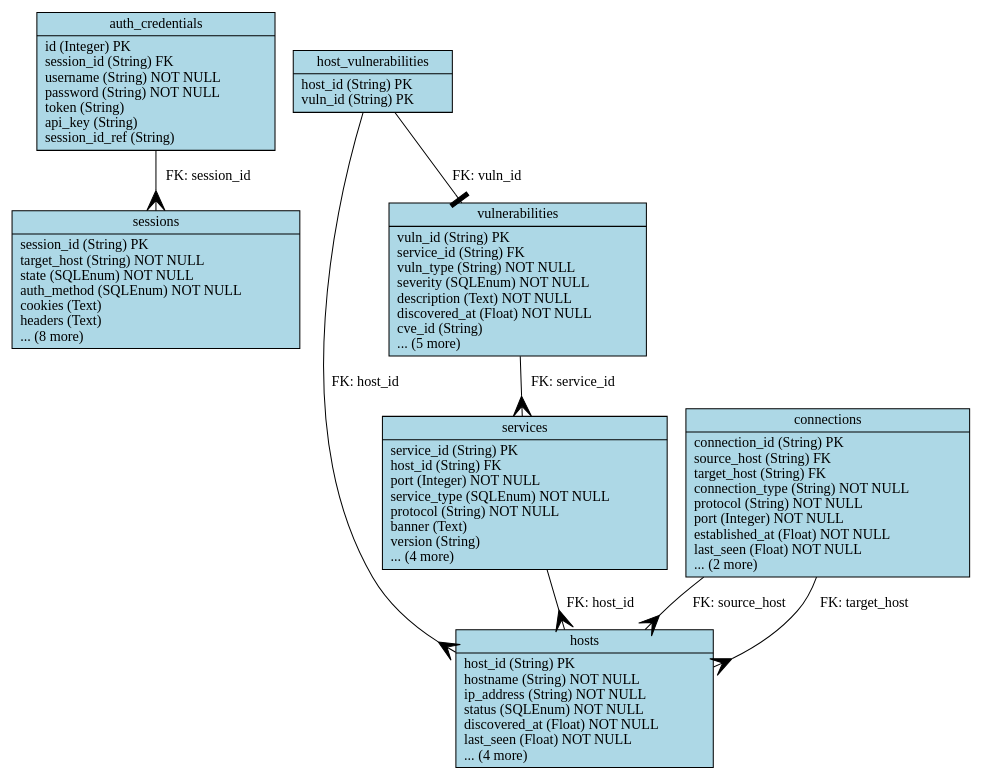
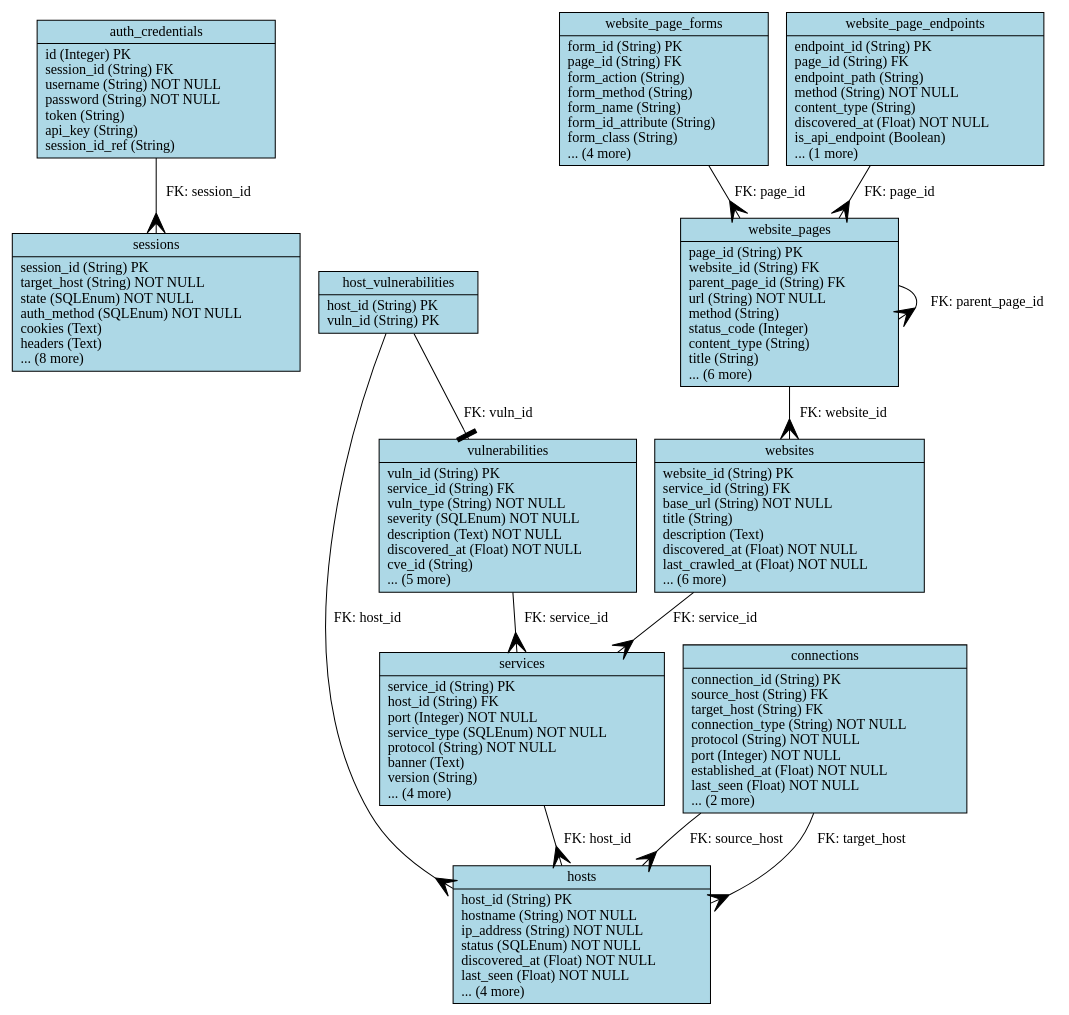
The diagram in docs/diagrams/db_er_diagram.dot (meltingscales/DragonShard), drawn with Graphviz before and after one commit. The commit also changed 15 other files, not shown here.

```diff
--- a/docs/diagrams/db_er_diagram.dot
+++ b/docs/diagrams/db_er_diagram.dot
@@ -1,19 +1,28 @@
 // DragonShard Database ER Diagram
 digraph {
 	rankdir=TB
 	node [fillcolor=lightblue shape=record style=filled]
 	sessions [label="{ sessions | session_id (String) PK\l target_host (String) NOT NULL\l state (SQLEnum) NOT NULL\l auth_method (SQLEnum) NOT NULL\l cookies (Text)\l headers (Text)\l ... (8 more)\l}"]
 	auth_credentials [label="{ auth_credentials | id (Integer) PK\l session_id (String) FK\l username (String) NOT NULL\l password (String) NOT NULL\l token (String)\l api_key (String)\l session_id_ref (String)\l}"]
 	hosts [label="{ hosts | host_id (String) PK\l hostname (String) NOT NULL\l ip_address (String) NOT NULL\l status (SQLEnum) NOT NULL\l discovered_at (Float) NOT NULL\l last_seen (Float) NOT NULL\l ... (4 more)\l}"]
 	services [label="{ services | service_id (String) PK\l host_id (String) FK\l port (Integer) NOT NULL\l service_type (SQLEnum) NOT NULL\l protocol (String) NOT NULL\l banner (Text)\l version (String)\l ... (4 more)\l}"]
 	vulnerabilities [label="{ vulnerabilities | vuln_id (String) PK\l service_id (String) FK\l vuln_type (String) NOT NULL\l severity (SQLEnum) NOT NULL\l description (Text) NOT NULL\l discovered_at (Float) NOT NULL\l cve_id (String)\l ... (5 more)\l}"]
 	connections [label="{ connections | connection_id (String) PK\l source_host (String) FK\l target_host (String) FK\l connection_type (String) NOT NULL\l protocol (String) NOT NULL\l port (Integer) NOT NULL\l established_at (Float) NOT NULL\l last_seen (Float) NOT NULL\l ... (2 more)\l}"]
 	host_vulnerabilities [label="{ host_vulnerabilities | host_id (String) PK\l vuln_id (String) PK\l}"]
+	websites [label="{ websites | website_id (String) PK\l service_id (String) FK\l base_url (String) NOT NULL\l title (String)\l description (Text)\l discovered_at (Float) NOT NULL\l last_crawled_at (Float) NOT NULL\l ... (6 more)\l}"]
+	website_pages [label="{ website_pages | page_id (String) PK\l website_id (String) FK\l parent_page_id (String) FK\l url (String) NOT NULL\l method (String)\l status_code (Integer)\l content_type (String)\l title (String)\l ... (6 more)\l}"]
+	website_page_forms [label="{ website_page_forms | form_id (String) PK\l page_id (String) FK\l form_action (String)\l form_method (String)\l form_name (String)\l form_id_attribute (String)\l form_class (String)\l ... (4 more)\l}"]
+	website_page_endpoints [label="{ website_page_endpoints | endpoint_id (String) PK\l page_id (String) FK\l endpoint_path (String)\l method (String) NOT NULL\l content_type (String)\l discovered_at (Float) NOT NULL\l is_api_endpoint (Boolean)\l ... (1 more)\l}"]
 	auth_credentials -> sessions [label="FK: session_id" arrowhead=crow arrowsize=2]
 	services -> hosts [label="FK: host_id" arrowhead=crow arrowsize=2]
 	vulnerabilities -> services [label="FK: service_id" arrowhead=crow arrowsize=2]
 	connections -> hosts [label="FK: source_host" arrowhead=crow arrowsize=2]
 	connections -> hosts [label="FK: target_host" arrowhead=crow arrowsize=2]
 	host_vulnerabilities -> hosts [label="FK: host_id" arrowhead=crow arrowsize=2]
 	host_vulnerabilities -> vulnerabilities [label="FK: vuln_id" arrowhead=tee arrowsize=2]
+	websites -> services [label="FK: service_id" arrowhead=crow arrowsize=2]
+	website_pages -> websites [label="FK: website_id" arrowhead=crow arrowsize=2]
+	website_pages -> website_pages [label="FK: parent_page_id" arrowhead=crow arrowsize=2]
+	website_page_forms -> website_pages [label="FK: page_id" arrowhead=crow arrowsize=2]
+	website_page_endpoints -> website_pages [label="FK: page_id" arrowhead=crow arrowsize=2]
 }
```
